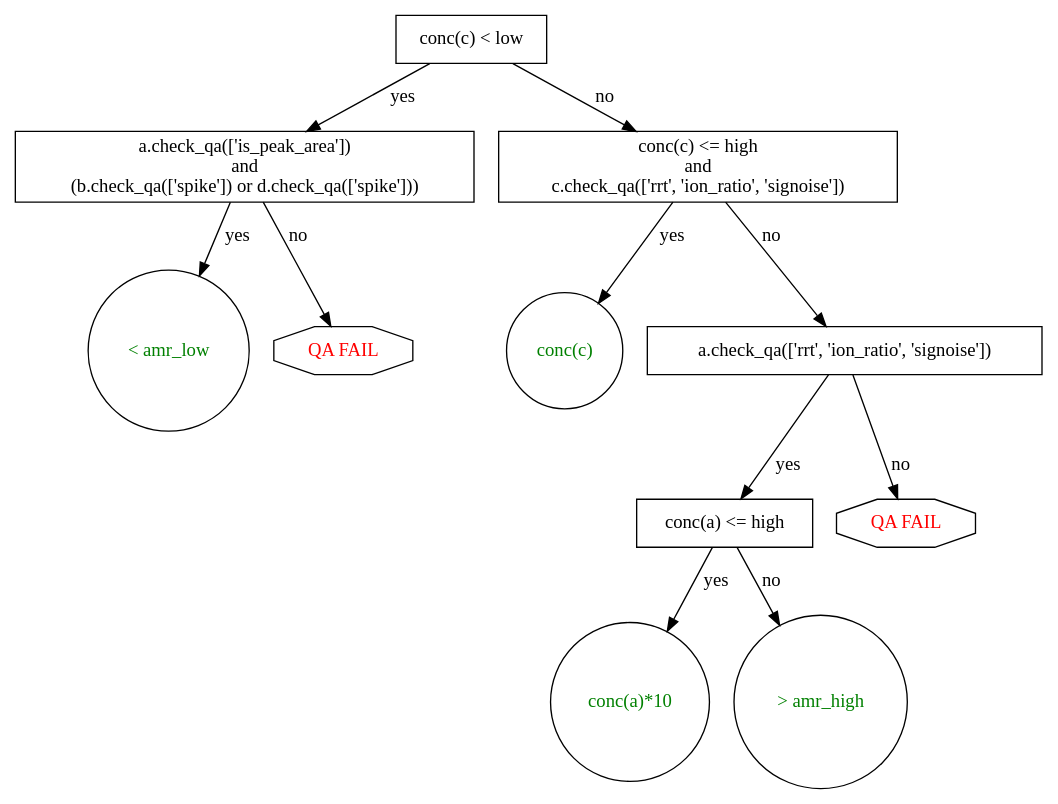
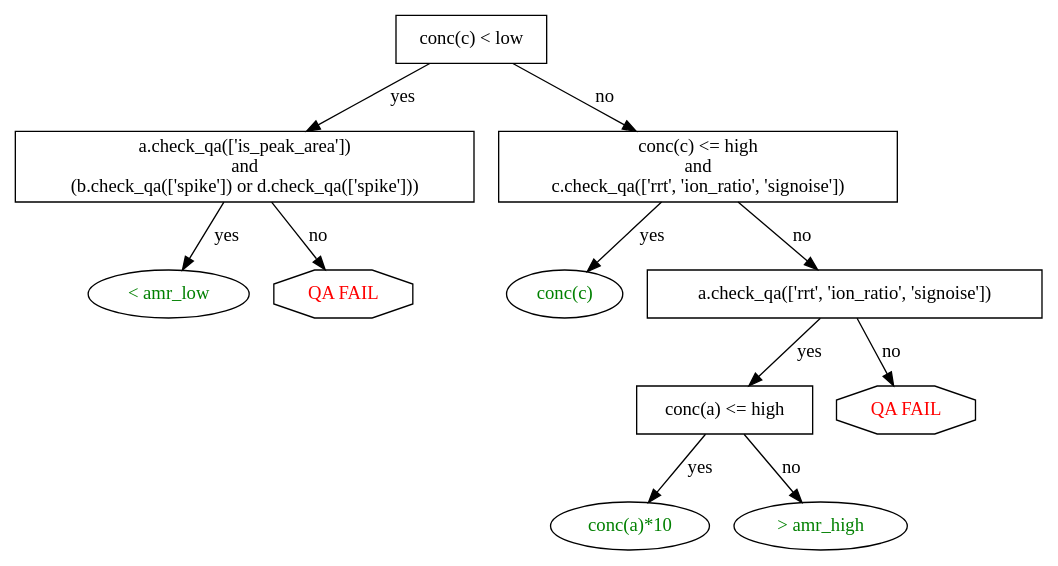
The diagram in doc/algorithm.gv (nhoffman/opiates), drawn with Graphviz before and after one commit. The commit also changed 1 other file, not shown here.

Commit message:
jane will work on flowchart starting here

```diff
--- a/doc/algorithm.gv
+++ b/doc/algorithm.gv
@@ -1,36 +1,36 @@
 digraph {
 
   node [shape = "box", order = "in"];
 
   Start [label = "conc(c) < low"];
 
   Start -> Level1b [label = "yes"];
   Level1b [label = "a.check_qa(['is_peak_area']) \nand\n (b.check_qa(['spike']) or d.check_qa(['spike']))"];
 
   Start -> Level1a [label = "no"];
   Level1a [label = "conc(c) <= high \nand\n c.check_qa(['rrt', 'ion_ratio', 'signoise'])"];
 
   Level1b -> Level2b [label = "yes"];
-  Level2b [label = "< amr_low", shape = "circle", fontcolor = "green"];
+  Level2b [label = "< amr_low", shape = "ellipse", fontcolor = "green"];
 
   Level1b -> Level2c [label = "no"];
   Level2c [label = "QA FAIL", shape = "octagon", fontcolor = "red"];
 
   Level1a -> Level2d [label = "yes"];
-  Level2d [label = "conc(c)", shape = "circle", fontcolor = "green"];
+  Level2d [label = "conc(c)", shape = "ellipse", fontcolor = "green"];
 
   Level1a -> Level2a [label= "no" ];
   Level2a [label = "a.check_qa(['rrt', 'ion_ratio', 'signoise'])"];
 
   Level2a -> Level3b [label = "yes"];
   Level3b [label = "conc(a) <= high"];
 
   Level2a -> Level3a [label = "no"];
   Level3a [label = "QA FAIL", shape = "octagon", fontcolor = "red"];
 
   Level3b -> Level4a [label = "yes"];
-  Level4a [label = "conc(a)*10", shape = "circle", fontcolor = "green"];
+  Level4a [label = "conc(a)*10", shape = "ellipse", fontcolor = "green"];
 
   Level3b -> Level4b [label = "no"];
-  Level4b [label = "> amr_high", shape = "circle", fontcolor = "green"];
+  Level4b [label = "> amr_high", shape = "ellipse", fontcolor = "green"];
 }
```
